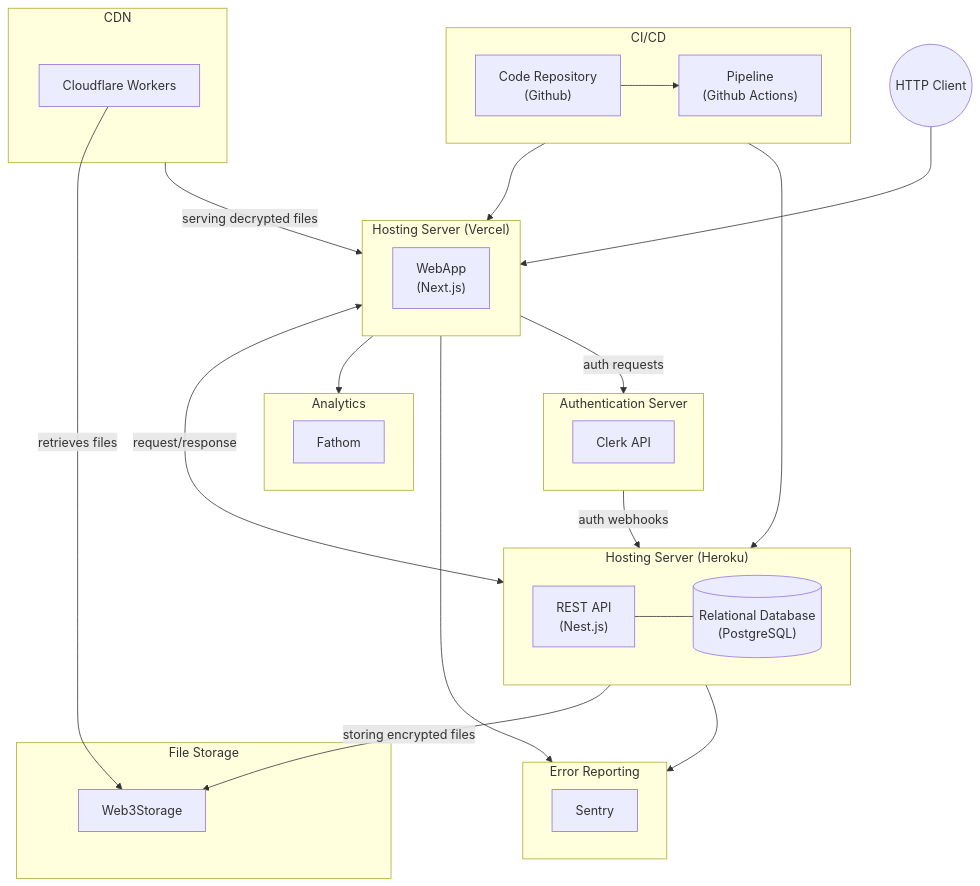
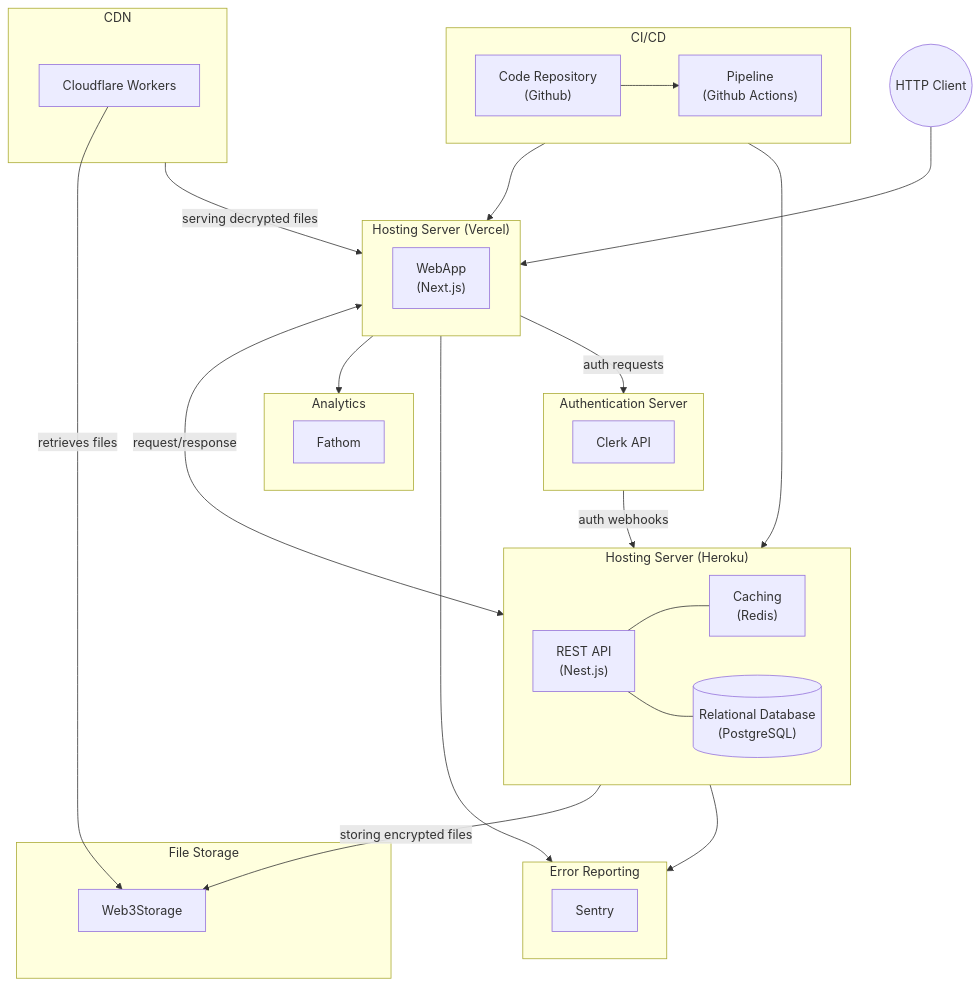
One commit to memser-spaceport/pln-directory-portal changed the diagram in apps/web-api/docs/architecture-diagram.md. Above: the diagram before and after it, drawn with Mermaid.

Commit message:
docs: include redis on architecture diagram

````diff
--- a/apps/web-api/docs/architecture-diagram.md
+++ b/apps/web-api/docs/architecture-diagram.md
@@ -3,55 +3,57 @@
 ```mermaid
 flowchart TB
     %%{ init: { 'flowchart': { 'curve': 'bump' } } }%%
 
     subgraph CI/CD
         cd["Code Repository\n(Github)"]
         pl["Pipeline\n(Github Actions)"]
         cd --> pl
     end
 
     subgraph HSWA["#nbsp;#nbsp;Hosting Server (Vercel)#nbsp;#nbsp;"]
         webapp["WebApp\n(Next.js)"]
     end
 
     subgraph HSAPI["Hosting Server (Heroku)"]
         api["REST API\n(Nest.js)"]
+        redis["Caching\n(Redis)"]
         db[("Relational Database\n(PostgreSQL)")]
+        api --- redis
         api --- db
     end
 
     subgraph AS["#nbsp;#nbsp;Authentication Server#nbsp;#nbsp;"]
         clerk["Clerk API"]
     end
 
     subgraph FS["File Storage"]
         W3S["Web3Storage"]
     end
 
     subgraph ER["#nbsp;#nbsp;Error Reporting#nbsp;#nbsp;"]
         s1["Sentry"]
     end
 
     subgraph A1["Analytics"]
         f1["Fathom"]
     end
 
     subgraph CDN
         CW["Cloudflare Workers"]
     end
 
 
     HC(("HTTP Client"))
     CW -- retrieves files --> W3S
     CI/CD --> HSWA
     CI/CD --> HSAPI
     HSWA <-- request/response --> HSAPI
     HSAPI -- storing encrypted files --> W3S
     CDN -- serving decrypted files --> HSWA
     HSWA --> A1
     HSWA --> ER
     HSWA -- auth requests --> AS
     HC --> HSWA
     HSAPI --> ER
     AS -- auth webhooks --> HSAPI
 ```
````
